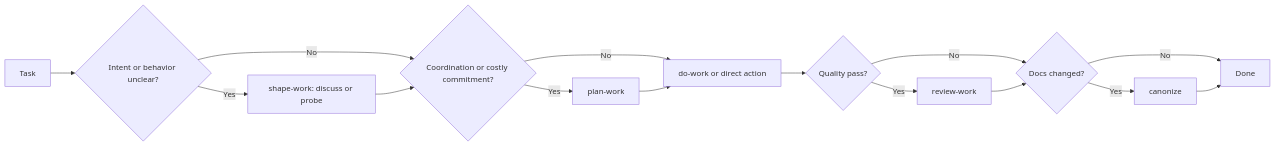
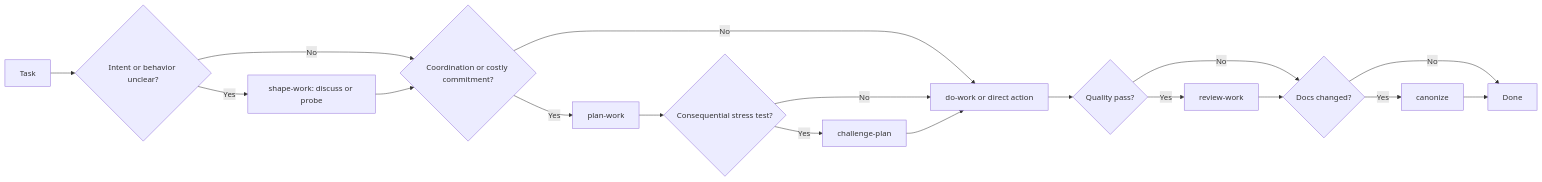
Before and after one commit to morochena/skills: the diagram in README.md, drawn with Mermaid. The commit also changed other lines of this file and 4 other files, not shown here.

Commit message:
Document challenge-plan workflow

````diff
--- a/README.md
+++ b/README.md
@@ -121,17 +123,20 @@
 ```mermaid
 flowchart LR
   A["Task"] --> U{"Intent or behavior unclear?"}
   U -->|"Yes"| SH["shape-work: discuss or probe"]
   U -->|"No"| C{"Coordination or costly commitment?"}
   SH --> C
   C -->|"Yes"| P["plan-work"]
   C -->|"No"| DW["do-work or direct action"]
-  P --> DW
+  P --> CP{"Consequential stress test?"}
+  CP -->|"Yes"| CH["challenge-plan"]
+  CP -->|"No"| DW
+  CH --> DW
   DW --> R{"Quality pass?"}
   R -->|"Yes"| RW["review-work"]
   R -->|"No"| DC{"Docs changed?"}
   RW --> DC
   DC -->|"Yes"| CZ["canonize"]
   DC -->|"No"| Done["Done"]
   CZ --> Done
 ```
````
